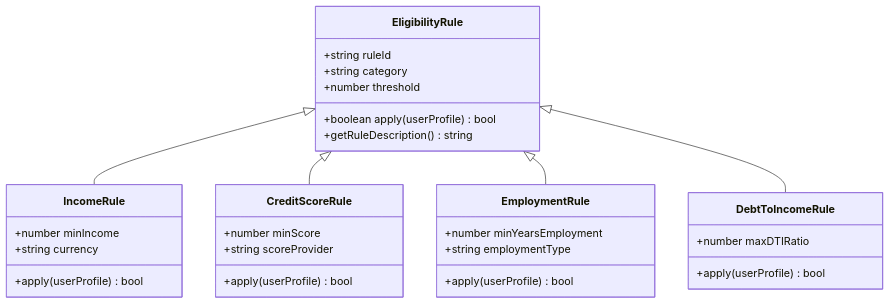
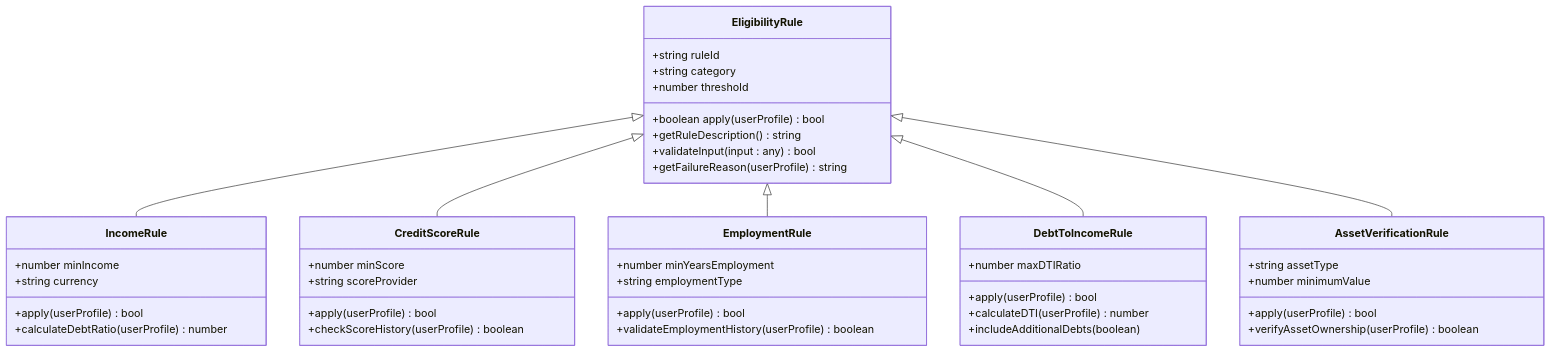
Before and after one commit to alibaba-hackathon-fsi/frontend-vaya: the sixth of 8 diagrams in .qoder/repowiki/en/content/Chat Interface/AI Processing Engine.md, drawn with Mermaid. The commit also changed other lines of this file and 77 other files, not shown here.

````diff
--- a/.qoder/repowiki/en/content/Chat Interface/AI Processing Engine.md
+++ b/.qoder/repowiki/en/content/Chat Interface/AI Processing Engine.md
@@ -172,33 +367,47 @@
 ```mermaid
 classDiagram
 class EligibilityRule {
 +string ruleId
 +string category
 +number threshold
 +boolean apply(userProfile) bool
 +getRuleDescription() string
++validateInput(input : any) bool
++getFailureReason(userProfile) string
 }
 class IncomeRule {
 +number minIncome
 +string currency
 +apply(userProfile) bool
++calculateDebtRatio(userProfile) number
 }
 class CreditScoreRule {
 +number minScore
 +string scoreProvider
 +apply(userProfile) bool
++checkScoreHistory(userProfile) boolean
 }
 class EmploymentRule {
 +number minYearsEmployment
 +string employmentType
 +apply(userProfile) bool
++validateEmploymentHistory(userProfile) boolean
 }
 class DebtToIncomeRule {
 +number maxDTIRatio
 +apply(userProfile) bool
++calculateDTI(userProfile) number
++includeAdditionalDebts(boolean)
+}
+class AssetVerificationRule {
++string assetType
++number minimumValue
++apply(userProfile) bool
++verifyAssetOwnership(userProfile) boolean
 }
 EligibilityRule <|-- IncomeRule
 EligibilityRule <|-- CreditScoreRule
 EligibilityRule <|-- EmploymentRule
 EligibilityRule <|-- DebtToIncomeRule
+EligibilityRule <|-- AssetVerificationRule
 ```
````
